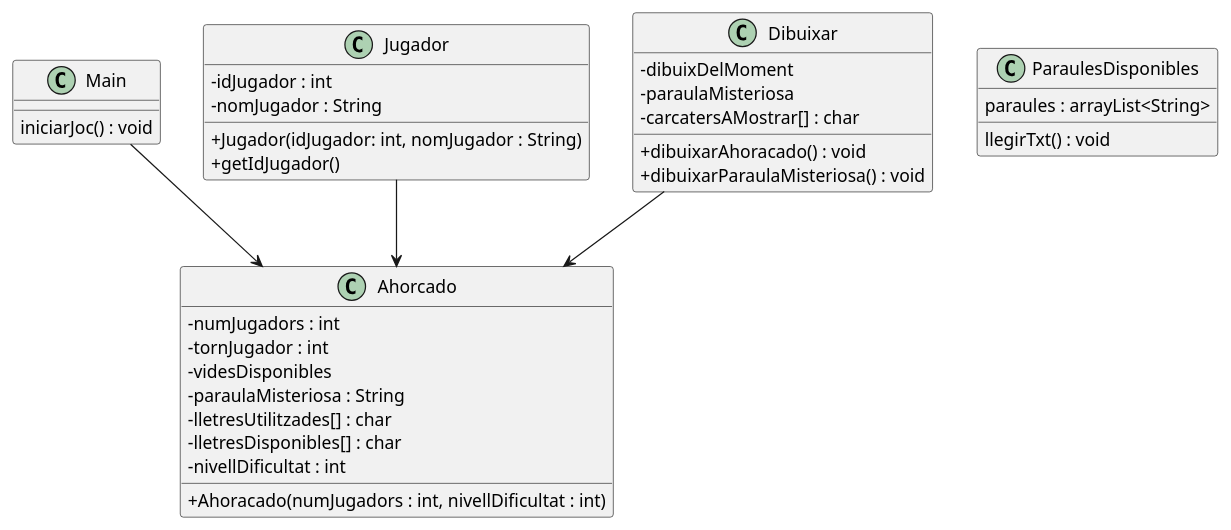
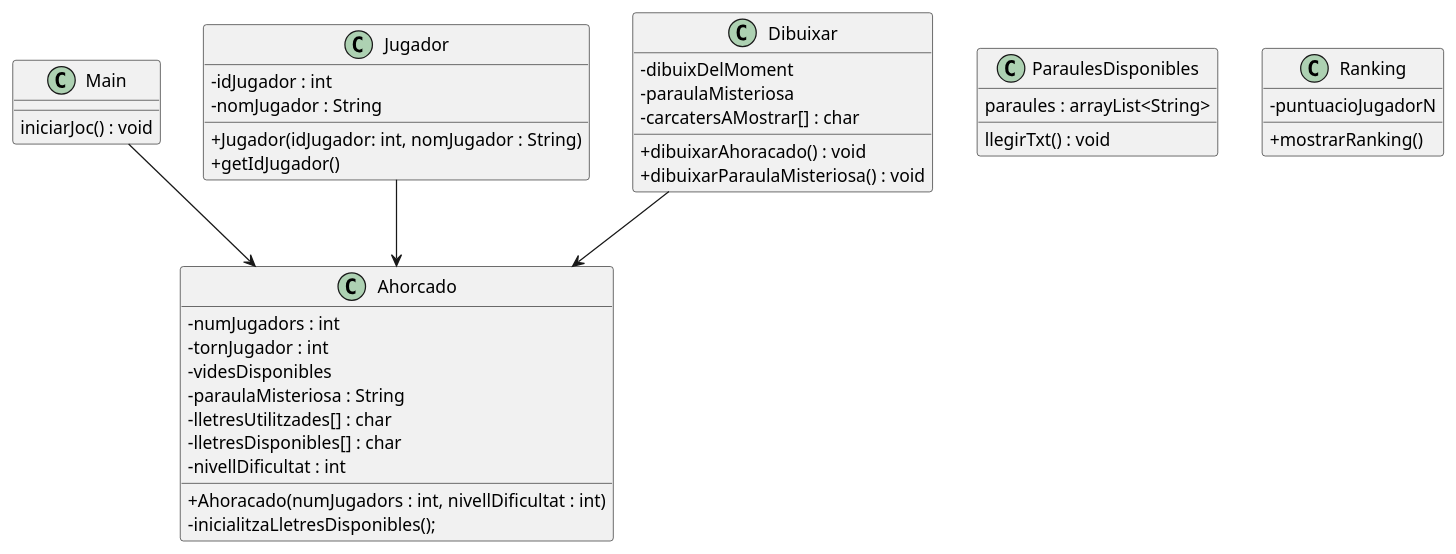
Before and after one commit to GerardRuiz002/Practica_TQS_Ahorcado_Gerard_Guillem: the diagram in El_Juego_del_ahorcado/DiagramaClasesAhorcado.puml, drawn with PlantUML. The commit also changed 14 other files, not shown here.

Commit message:
Test incialitzarLletresDisponibles

```diff
--- a/El_Juego_del_ahorcado/DiagramaClasesAhorcado.puml
+++ b/El_Juego_del_ahorcado/DiagramaClasesAhorcado.puml
@@ -1,42 +1,48 @@
 @startuml
 skinparam classAttributeIconSize 0
 
 Main --> Ahorcado
 Jugador --> Ahorcado
 Dibuixar --> Ahorcado
 
 class Jugador {
     -idJugador : int
     -nomJugador : String
     +Jugador(idJugador: int, nomJugador : String)
     +getIdJugador()
 }
 
 class ParaulesDisponibles {
     paraules : arrayList<String>
     llegirTxt() : void
 }
 
 class Ahorcado {
     -numJugadors : int
     -tornJugador : int
     -videsDisponibles
     -paraulaMisteriosa : String
     -lletresUtilitzades[] : char
     -lletresDisponibles[] : char
     -nivellDificultat : int
     +Ahoracado(numJugadors : int, nivellDificultat : int)
+    -inicialitzaLletresDisponibles();
 }
 
 class Dibuixar {
 -dibuixDelMoment
 -paraulaMisteriosa
 -carcatersAMostrar[] : char
 +dibuixarAhoracado() : void
 +dibuixarParaulaMisteriosa() : void
 }
 
 class Main {
     iniciarJoc() : void
 }
+
+class Ranking {
+    -puntuacioJugadorN
+    +mostrarRanking()
+}
 @enduml
```
